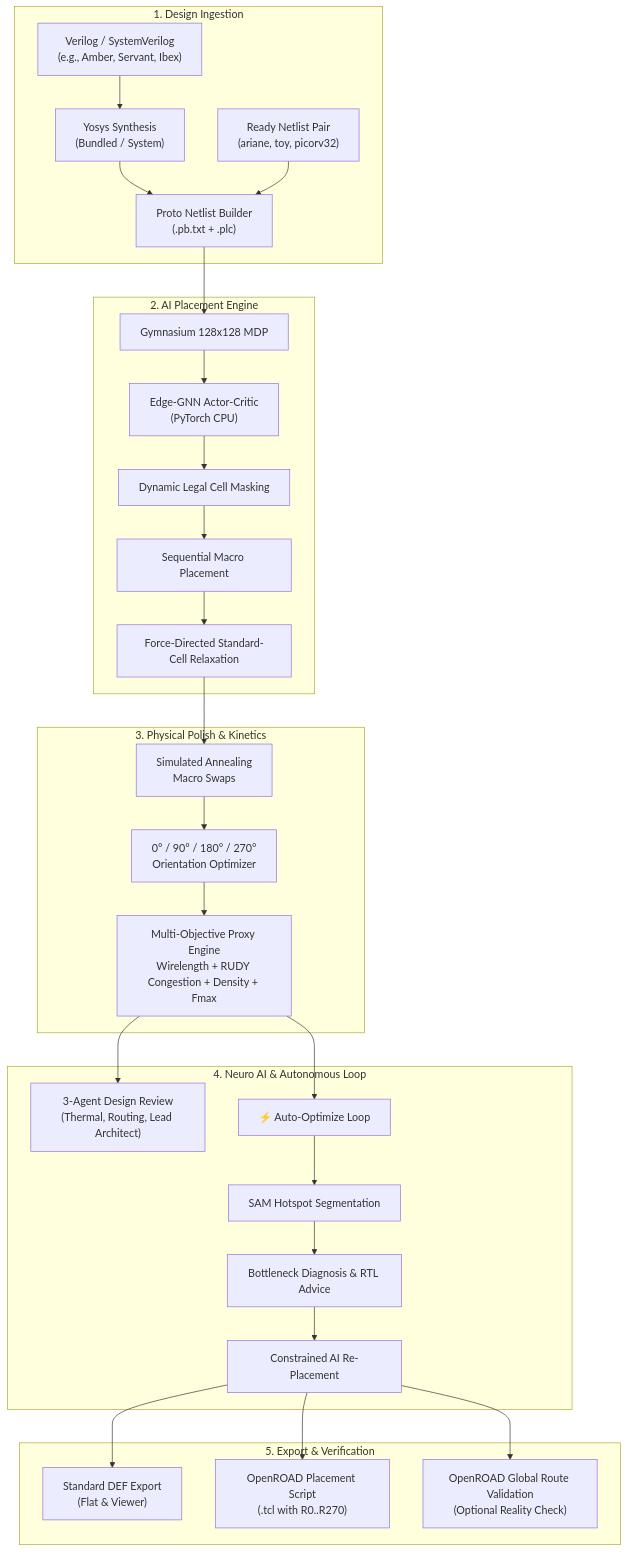
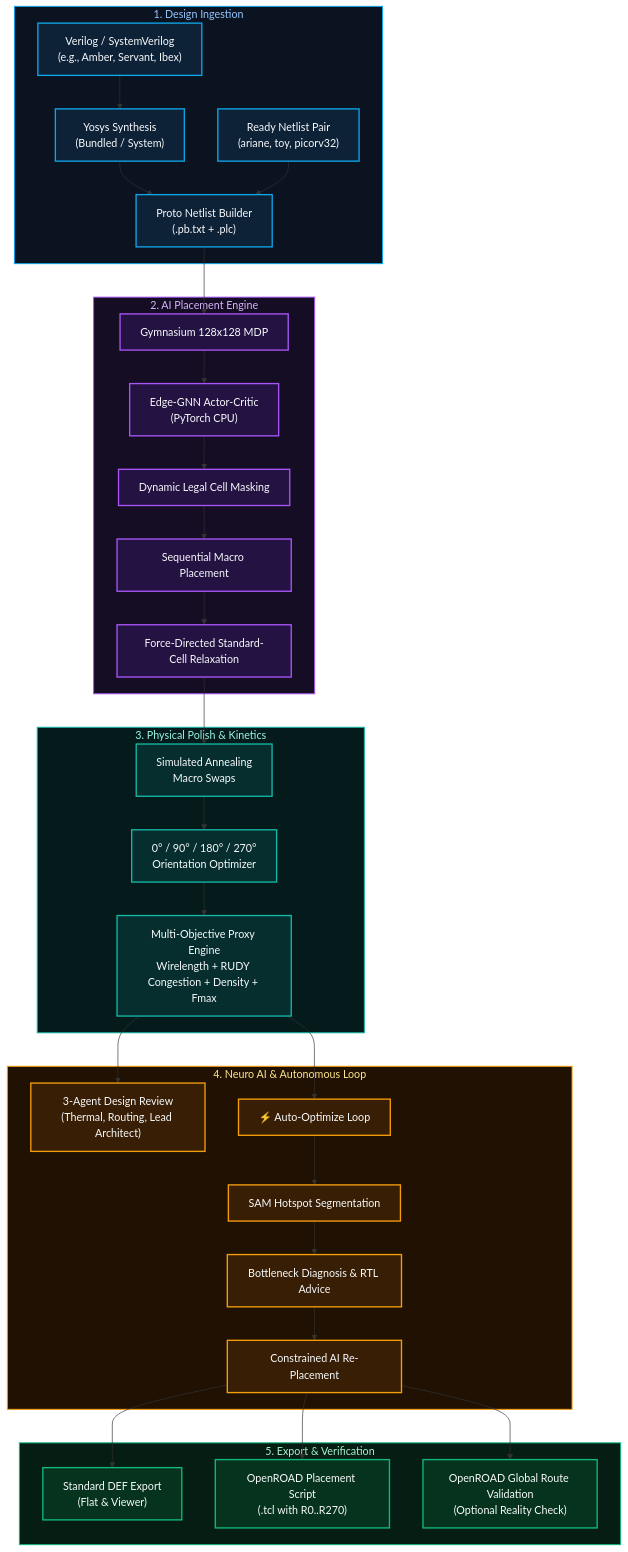
The diagram in README.md (IndhirajithHari/neuro-silicon), drawn with Mermaid before and after one commit.

Commit message:
docs: Add dark EDA professional colors to architectural flowchart

````diff
--- a/README.md
+++ b/README.md
@@ -54,36 +54,48 @@
 ```mermaid
 flowchart TD
+    classDef cIngestion fill:#0d2137,stroke:#0ea5e9,stroke-width:2px,color:#f8fafc;
+    classDef cEngine fill:#241242,stroke:#a855f7,stroke-width:2px,color:#f8fafc;
+    classDef cPolish fill:#062e2e,stroke:#14b8a6,stroke-width:2px,color:#f8fafc;
+    classDef cAiLoop fill:#381e05,stroke:#f59e0b,stroke-width:2px,color:#f8fafc;
+    classDef cOutputs fill:#06331e,stroke:#10b981,stroke-width:2px,color:#f8fafc;
+
     subgraph INGESTION ["1. Design Ingestion"]
-        RTL["Verilog / SystemVerilog\n(e.g., Amber, Servant, Ibex)"] --> YOSYS["Yosys Synthesis\n(Bundled / System)"]
-        YOSYS --> PROTO["Proto Netlist Builder\n(.pb.txt + .plc)"]
-        READY["Ready Netlist Pair\n(ariane, toy, picorv32)"] --> PROTO
+        RTL["Verilog / SystemVerilog\n(e.g., Amber, Servant, Ibex)"]:::cIngestion --> YOSYS["Yosys Synthesis\n(Bundled / System)"]:::cIngestion
+        YOSYS --> PROTO["Proto Netlist Builder\n(.pb.txt + .plc)"]:::cIngestion
+        READY["Ready Netlist Pair\n(ariane, toy, picorv32)"]:::cIngestion --> PROTO
     end
 
     subgraph ENGINE ["2. AI Placement Engine"]
-        PROTO --> MDP["Gymnasium 128x128 MDP"]
-        MDP --> GNN["Edge-GNN Actor-Critic\n(PyTorch CPU)"]
-        GNN --> MASK["Dynamic Legal Cell Masking"]
-        MASK --> PLACE["Sequential Macro Placement"]
-        PLACE --> RELAX["Force-Directed Standard-Cell Relaxation"]
+        PROTO --> MDP["Gymnasium 128x128 MDP"]:::cEngine
+        MDP --> GNN["Edge-GNN Actor-Critic\n(PyTorch CPU)"]:::cEngine
+        GNN --> MASK["Dynamic Legal Cell Masking"]:::cEngine
+        MASK --> PLACE["Sequential Macro Placement"]:::cEngine
+        PLACE --> RELAX["Force-Directed Standard-Cell Relaxation"]:::cEngine
     end
 
     subgraph POLISH ["3. Physical Polish & Kinetics"]
-        RELAX --> SA["Simulated Annealing\nMacro Swaps"]
-        SA --> FLIP["0° / 90° / 180° / 270°\nOrientation Optimizer"]
-        FLIP --> PROXY["Multi-Objective Proxy Engine\nWirelength + RUDY Congestion + Density + Fmax"]
+        RELAX --> SA["Simulated Annealing\nMacro Swaps"]:::cPolish
+        SA --> FLIP["0° / 90° / 180° / 270°\nOrientation Optimizer"]:::cPolish
+        FLIP --> PROXY["Multi-Objective Proxy Engine\nWirelength + RUDY Congestion + Density + Fmax"]:::cPolish
     end
 
     subgraph AI_LOOP ["4. Neuro AI & Autonomous Loop"]
-        PROXY --> REVIEW["3-Agent Design Review\n(Thermal, Routing, Lead Architect)"]
-        PROXY --> AUTOLOOP["⚡ Auto-Optimize Loop"]
-        AUTOLOOP --> SAM["SAM Hotspot Segmentation"]
-        SAM --> ADVICE["Bottleneck Diagnosis & RTL Advice"]
-        ADVICE --> REPUTE["Constrained AI Re-Placement"]
+        PROXY --> REVIEW["3-Agent Design Review\n(Thermal, Routing, Lead Architect)"]:::cAiLoop
+        PROXY --> AUTOLOOP["⚡ Auto-Optimize Loop"]:::cAiLoop
+        AUTOLOOP --> SAM["SAM Hotspot Segmentation"]:::cAiLoop
+        SAM --> ADVICE["Bottleneck Diagnosis & RTL Advice"]:::cAiLoop
+        ADVICE --> REPUTE["Constrained AI Re-Placement"]:::cAiLoop
     end
 
     subgraph OUTPUTS ["5. Export & Verification"]
-        REPUTE --> DEF["Standard DEF Export\n(Flat & Viewer)"]
-        REPUTE --> TCL["OpenROAD Placement Script\n(.tcl with R0..R270)"]
-        REPUTE --> ROUTE["OpenROAD Global Route Validation\n(Optional Reality Check)"]
+        REPUTE --> DEF["Standard DEF Export\n(Flat & Viewer)"]:::cOutputs
+        REPUTE --> TCL["OpenROAD Placement Script\n(.tcl with R0..R270)"]:::cOutputs
+        REPUTE --> ROUTE["OpenROAD Global Route Validation\n(Optional Reality Check)"]:::cOutputs
     end
+
+    style INGESTION fill:#0b1320,stroke:#0ea5e9,stroke-width:1.5px,color:#93c5fd
+    style ENGINE fill:#150d24,stroke:#a855f7,stroke-width:1.5px,color:#d8b4fe
+    style POLISH fill:#051b1b,stroke:#14b8a6,stroke-width:1.5px,color:#99f6e4
+    style AI_LOOP fill:#201103,stroke:#f59e0b,stroke-width:1.5px,color:#fde68a
+    style OUTPUTS fill:#051d12,stroke:#10b981,stroke-width:1.5px,color:#a7f3d0
 ```
````
